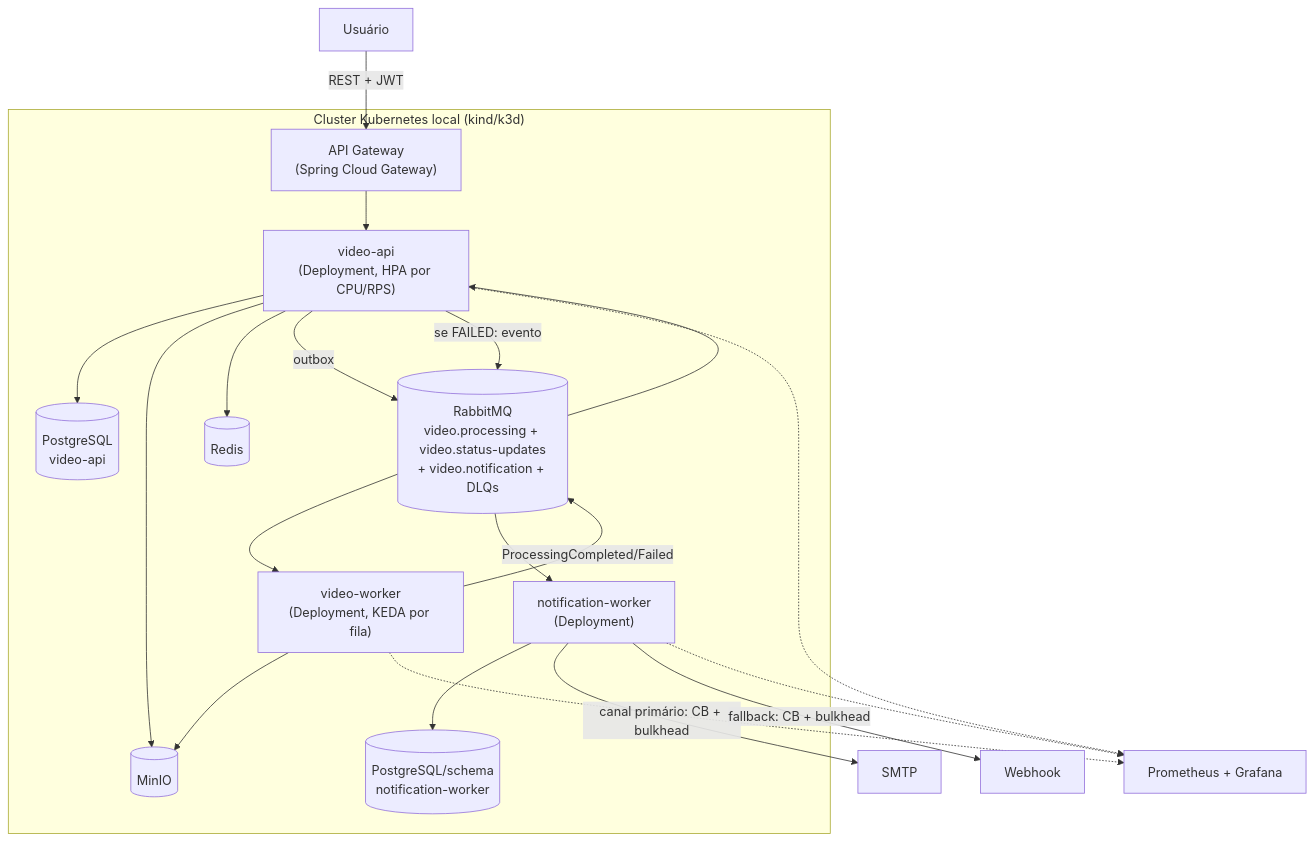
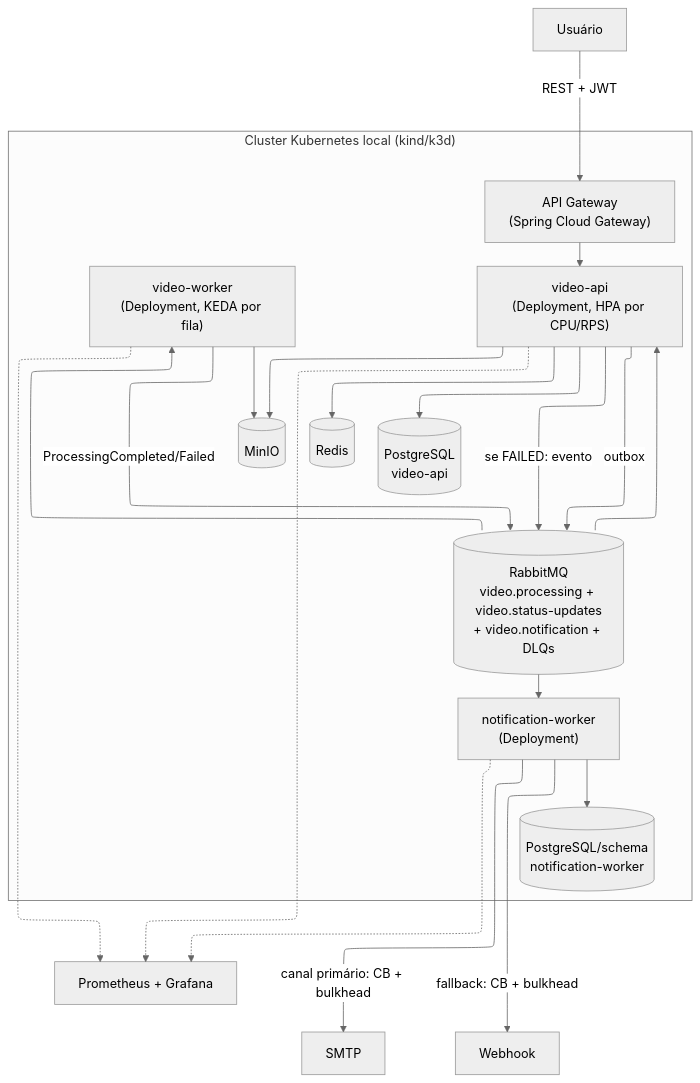
Before and after one commit to fredericoffs/fiapx-video-platform: the second of 5 diagrams in docs/architecture/hld-lld-adr-rfc.md, drawn with Mermaid. The commit also changed other lines of this file, not shown here.

First line of the commit message:
docs(architecture): moderniza sintaxe de config dos diagramas Mermaid

````diff
--- a/docs/architecture/hld-lld-adr-rfc.md
+++ b/docs/architecture/hld-lld-adr-rfc.md
@@ -201,37 +195,44 @@
 ```mermaid
+---
+config:
+  theme: neutral
+  layout: elk
+  look: classic
+  fontFamily: '''Inter Variable'', sans-serif'
+---
 flowchart TB
     U["Usuário"] -->|REST + JWT| GW["API Gateway\n(Spring Cloud Gateway)"]
     GW --> API["video-api\n(Deployment, HPA por CPU/RPS)"]
 
     subgraph K8S["Cluster Kubernetes local (kind/k3d)"]
         GW
         API
         W["video-worker\n(Deployment, KEDA por fila)"]
         N["notification-worker\n(Deployment)"]
         MQ[("RabbitMQ\nvideo.processing + video.status-updates\n+ video.notification + DLQs")]
         PG[("PostgreSQL\nvideo-api")]
         PGN[("PostgreSQL/schema\nnotification-worker")]
         RD[("Redis")]
         S3[("MinIO")]
     end
 
     API --> PG
     API --> S3
     API --> RD
     API -->|outbox| MQ
     MQ --> W
     W --> S3
     W -->|ProcessingCompleted/Failed| MQ
     MQ --> API
     API -->|se FAILED: evento| MQ
     MQ --> N
     N --> PGN
 
     N -->|canal primário: CB + bulkhead| EMAIL["SMTP"]
     N -->|fallback: CB + bulkhead| HOOK["Webhook"]
 
     OBS["Prometheus + Grafana"]
     API -.-> OBS
     W -.-> OBS
     N -.-> OBS
 ```
````
